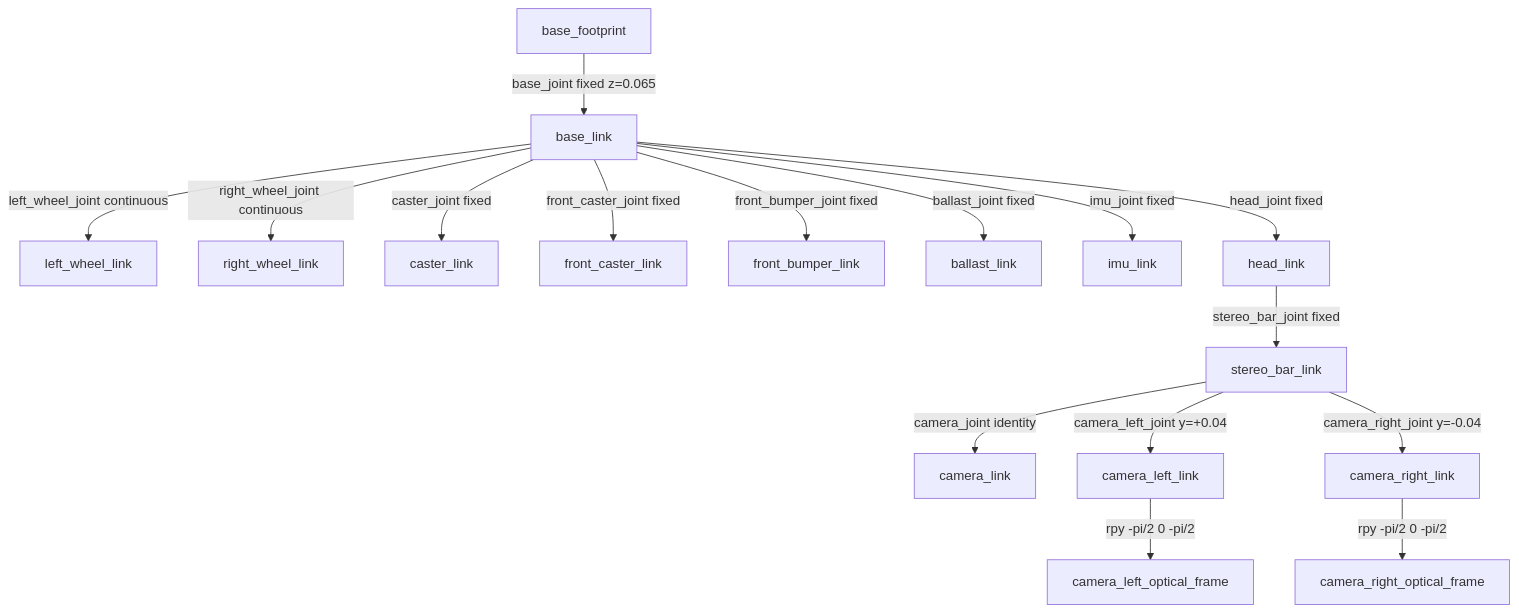
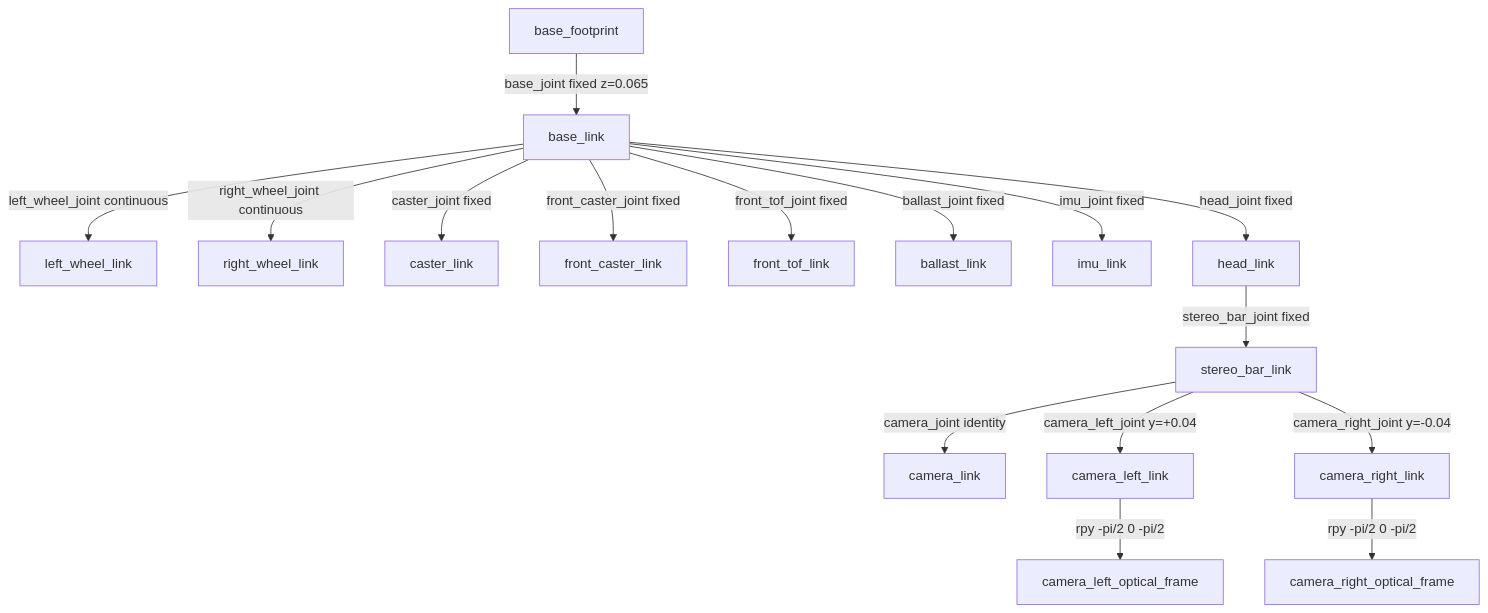
Before and after one commit to kunalchandmare/robot_ros_slam: the diagram in src/stereo_eye/README.md, drawn with Mermaid. The commit also changed other lines of this file and 4 other files, not shown here.

Commit message:
[MechaX] replace bumper with front ToF range sensor

````diff
--- a/src/stereo_eye/README.md
+++ b/src/stereo_eye/README.md
@@ -47,18 +47,18 @@
 ```mermaid
 graph TD
   BF[base_footprint] -->|base_joint fixed z=0.065| BL[base_link]
   BL -->|left_wheel_joint continuous| LW[left_wheel_link]
   BL -->|right_wheel_joint continuous| RW[right_wheel_link]
   BL -->|caster_joint fixed| CA[caster_link]
   BL -->|front_caster_joint fixed| FC[front_caster_link]
-  BL -->|front_bumper_joint fixed| FB[front_bumper_link]
+  BL -->|front_tof_joint fixed| FT[front_tof_link]
   BL -->|ballast_joint fixed| BA[ballast_link]
   BL -->|imu_joint fixed| IMU[imu_link]
   BL -->|head_joint fixed| HD[head_link]
   HD -->|stereo_bar_joint fixed| BAR[stereo_bar_link]
   BAR -->|camera_joint identity| CAM[camera_link]
   BAR -->|camera_left_joint y=+0.04| CL[camera_left_link]
   BAR -->|camera_right_joint y=-0.04| CR[camera_right_link]
   CL -->|rpy -pi/2 0 -pi/2| CLO[camera_left_optical_frame]
   CR -->|rpy -pi/2 0 -pi/2| CRO[camera_right_optical_frame]
 ```
````
